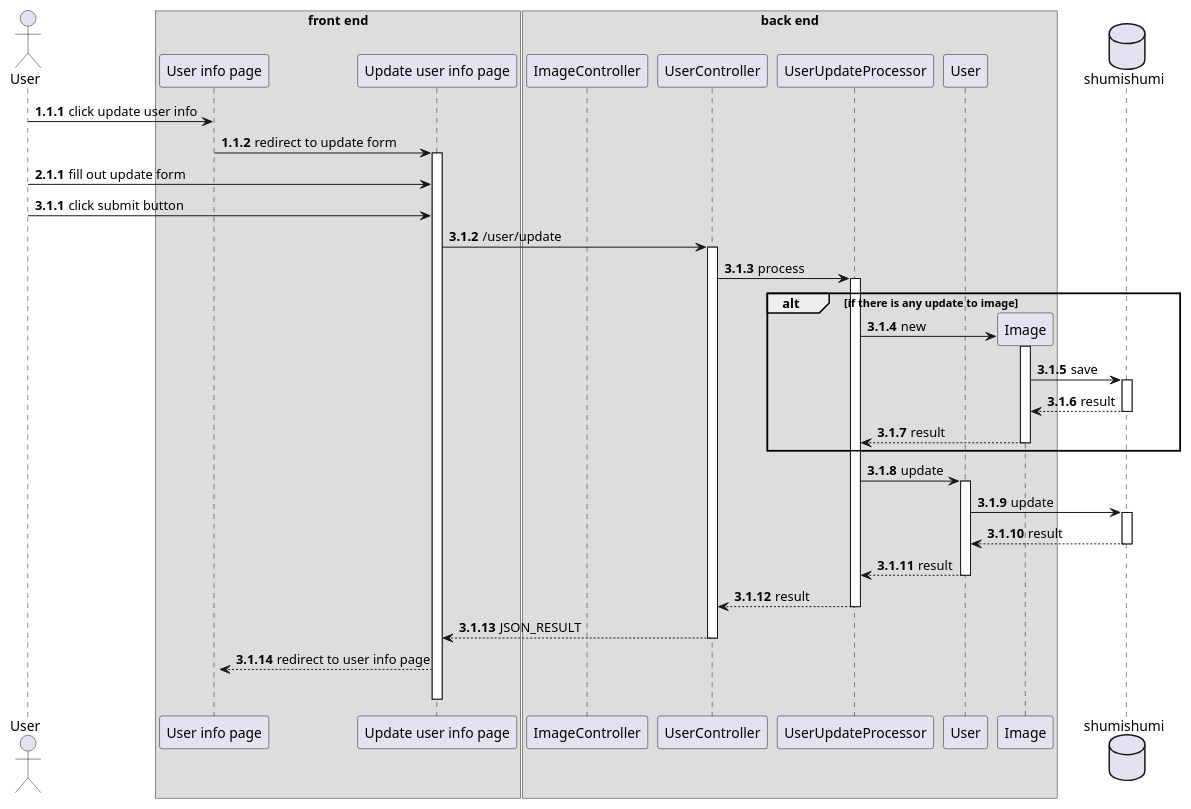
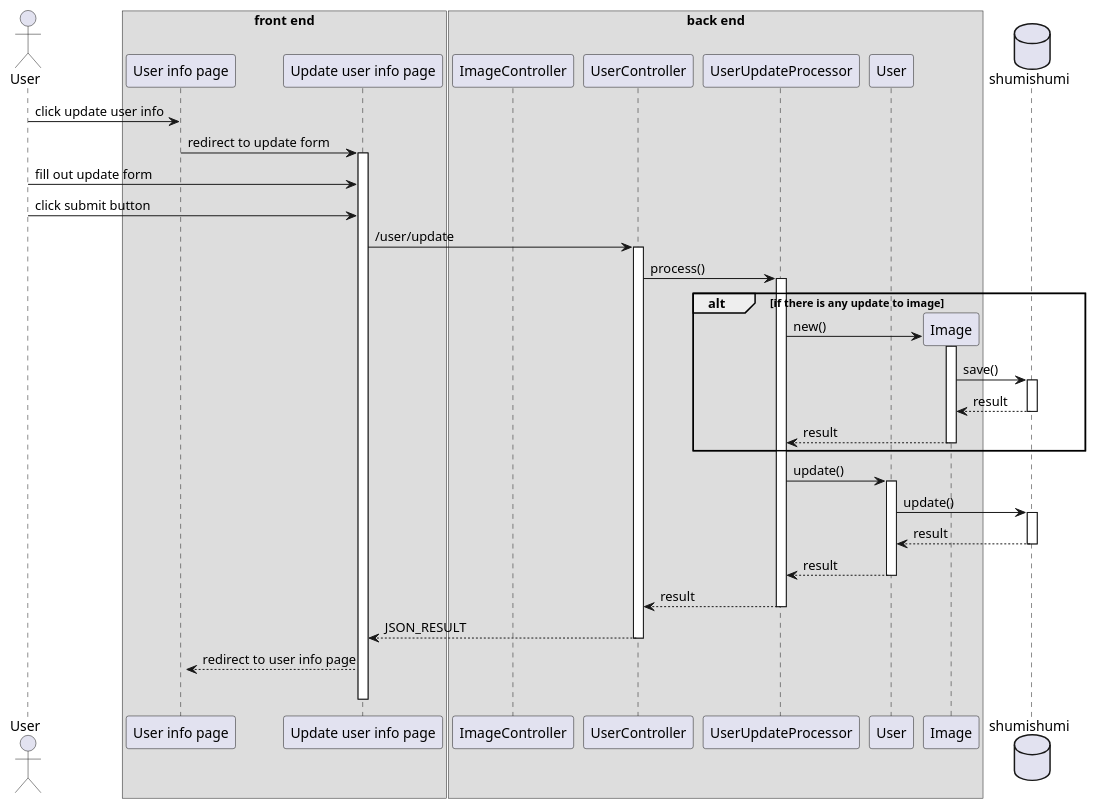
One commit to aldihsuhandi/skripsi-2023 changed the diagram in uml diagram/sequence diagram/5. update user info.pu. Above: the diagram before and after it, drawn with PlantUML. The commit also changed 68 other files, not shown here.

Commit message:
fix sequence diagram

```diff
--- a/uml diagram/sequence diagram/5. update user info.pu
+++ b/uml diagram/sequence diagram/5. update user info.pu
@@ -1,52 +1,52 @@
 @startuml update user info
-autonumber 1.1.1
+'autonumber 1.1.1
 
 actor User as u
 
 box "front end"
 participant "User info page" as uinfo
 participant "Update user info page" as update
 end box
 
 box "back end"
 participant "ImageController" as ic
 participant "UserController" as uc
 participant "UserUpdateProcessor" as updproc
 
 participant "User" as um
 participant "Image" as im
 end box
 
 database shumishumi as db
 
 u -> uinfo : click update user info
 uinfo -> update --++ : redirect to update form
 
-autonumber inc a
+'autonumber inc a
 u -> update : fill out update form
 
-autonumber inc a
+'autonumber inc a
 u -> update : click submit button
 
 update -> uc++ : /user/update
-uc -> updproc++ : process
+uc -> updproc++ : process()
 
 alt if there is any update to image
 create im
-updproc -> im++ : new
-im -> db++ : save
+updproc -> im++ : new()
+im -> db++ : save()
 return result
 return result
 end
 
-updproc -> um++ : update
-um -> db++: update
+updproc -> um++ : update()
+um -> db++: update()
 return result
 return result
 return result
 
 return JSON_RESULT
 
 update --> uinfo ++-- : redirect to user info page
 
 @enduml
```
